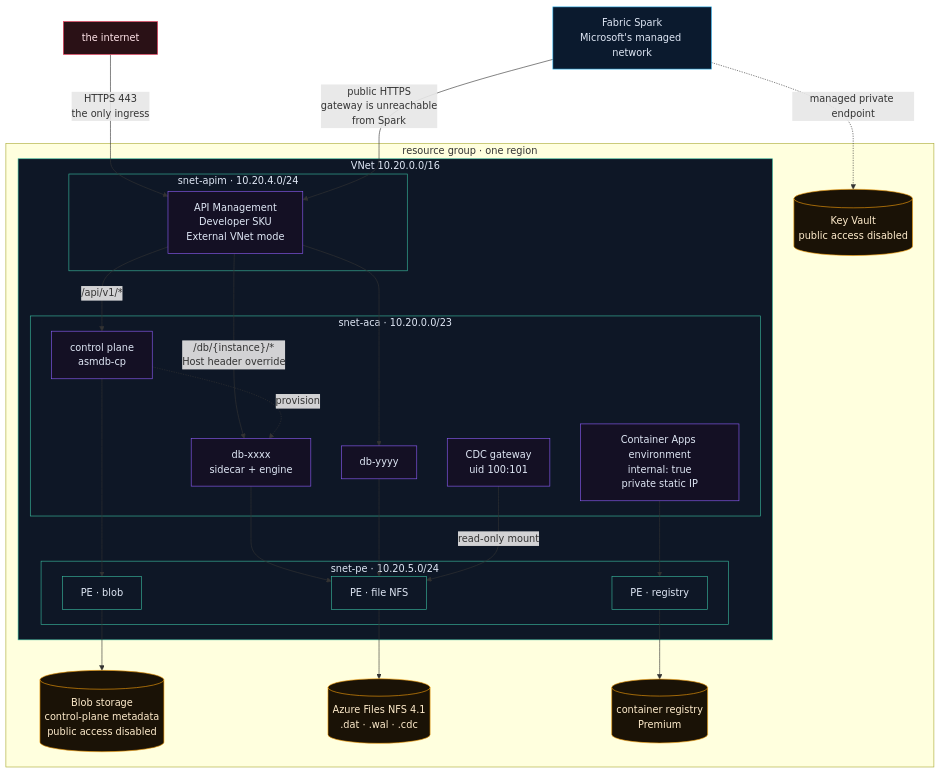
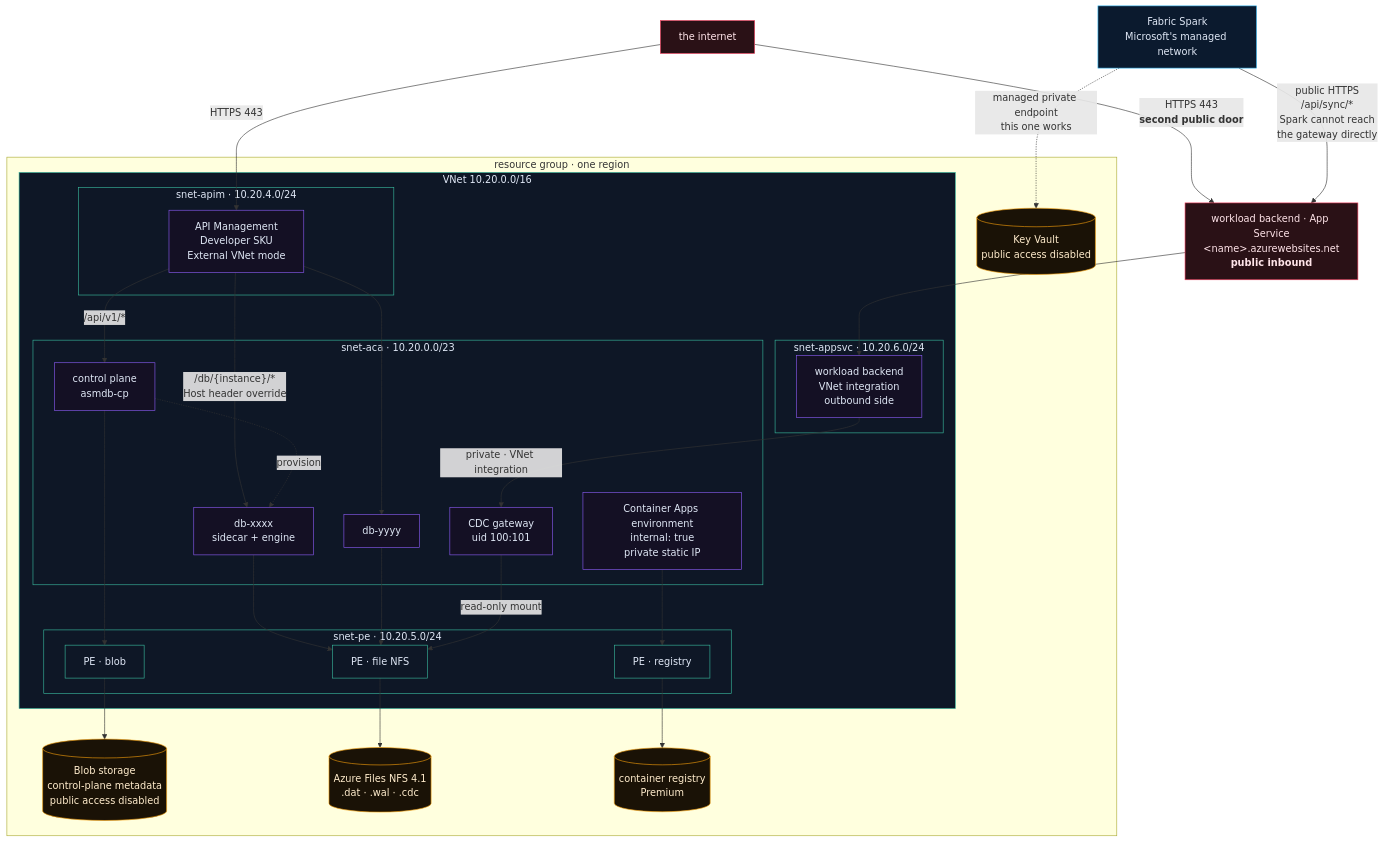
The first of 3 diagrams in docs/NETWORK.md (fredgis/asmDB), drawn with Mermaid before and after one commit. The commit also changed other lines of this file, not shown here.

````diff
--- a/docs/NETWORK.md
+++ b/docs/NETWORK.md
@@ -33,64 +50,72 @@
 ```mermaid
 flowchart TB
   NET["the internet"]
 
   subgraph RG["resource group · one region"]
     subgraph VNET["VNet 10.20.0.0/16"]
       subgraph SNAPIM["snet-apim · 10.20.4.0/24"]
         APIM["API Management<br/>Developer SKU<br/>External VNet mode"]
+      end
+
+      subgraph SNAPP["snet-appsvc · 10.20.6.0/24"]
+        BEI["workload backend<br/>VNet integration<br/>outbound side"]
       end
 
       subgraph SNACA["snet-aca · 10.20.0.0/23"]
         ENV["Container Apps environment<br/>internal: true<br/>private static IP"]
         CP["control plane<br/>asmdb-cp"]
         DB1["db-xxxx<br/>sidecar + engine"]
         DB2["db-yyyy"]
         GW["CDC gateway<br/>uid 100:101"]
       end
 
       subgraph SNPE["snet-pe · 10.20.5.0/24"]
         PEB["PE · blob"]
         PEF["PE · file NFS"]
         PEA["PE · registry"]
       end
     end
 
     BLOB[("Blob storage<br/>control-plane metadata<br/>public access disabled")]
     FILES[("Azure Files NFS 4.1<br/>.dat · .wal · .cdc")]
     ACR[("container registry<br/>Premium")]
     KV[("Key Vault<br/>public access disabled")]
   end
 
+  BE["workload backend · App Service<br/>&lt;name&gt;.azurewebsites.net<br/><b>public inbound</b>"]
   FAB["Fabric Spark<br/>Microsoft's managed network"]
 
-  NET -->|"HTTPS 443<br/>the only ingress"| APIM
+  NET -->|"HTTPS 443"| APIM
+  NET -->|"HTTPS 443<br/><b>second public door</b>"| BE
   APIM -->|"/api/v1/*"| CP
   APIM -->|"/db/{instance}/*<br/>Host header override"| DB1
   APIM --> DB2
 
   CP -.->|"provision"| DB1
   DB1 --> PEF
   DB2 --> PEF
   GW -->|"read-only mount"| PEF
   CP --> PEB
   ENV --> PEA
 
   PEB --> BLOB
   PEF --> FILES
   PEA --> ACR
 
-  FAB -->|"public HTTPS<br/>gateway is unreachable<br/>from Spark"| APIM
-  FAB -.->|"managed private endpoint"| KV
+  FAB -->|"public HTTPS<br/>/api/sync/*<br/>Spark cannot reach<br/>the gateway directly"| BE
+  BE --> BEI
+  BEI -->|"private · VNet integration"| GW
+  FAB -.->|"managed private endpoint<br/>this one works"| KV
 
   classDef pub fill:#2a1116,stroke:#f43f5e,color:#ffe4e9
   classDef net fill:#0e1726,stroke:#3ABB9F,color:#dfe7f5
   classDef compute fill:#141024,stroke:#8b5cf6,color:#dfe7f5
   classDef store fill:#1a1206,stroke:#f59e0b,color:#ffeccc
   classDef ext fill:#0b1a2e,stroke:#38bdf8,color:#dfe7f5
 
-  class NET pub
-  class VNET,SNAPIM,SNACA,SNPE,PEB,PEF,PEA net
-  class APIM,ENV,CP,DB1,DB2,GW compute
+  class NET,BE pub
+  class VNET,SNAPIM,SNACA,SNPE,SNAPP,PEB,PEF,PEA net
+  class APIM,ENV,CP,DB1,DB2,GW,BEI compute
   class BLOB,FILES,ACR,KV store
   class FAB ext
 ```
````
